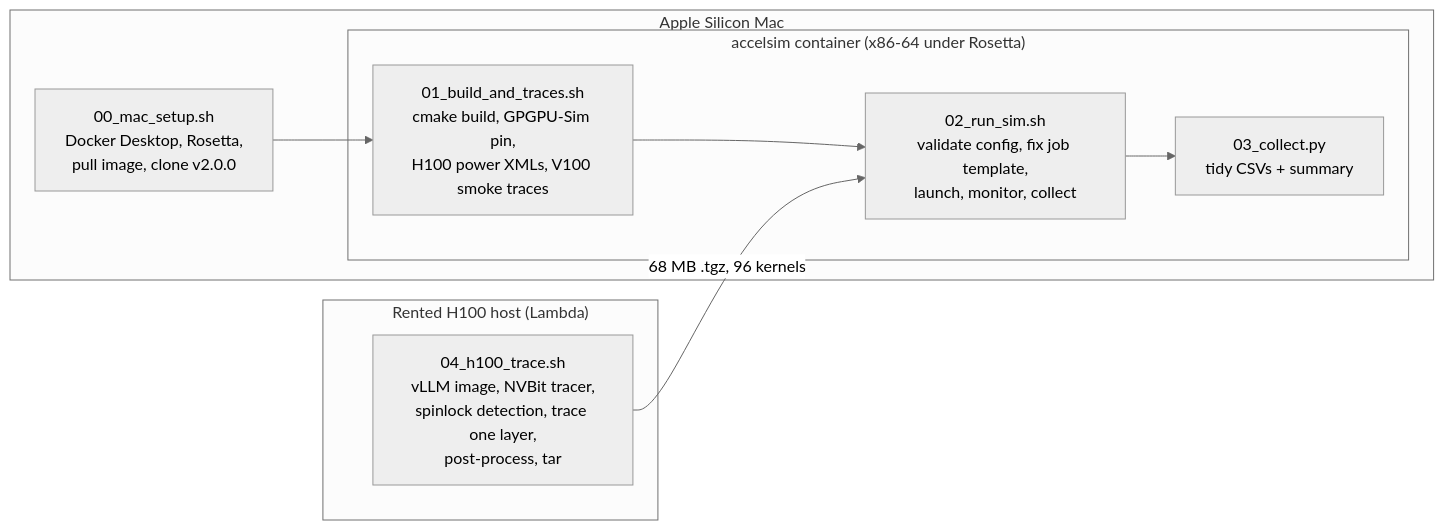
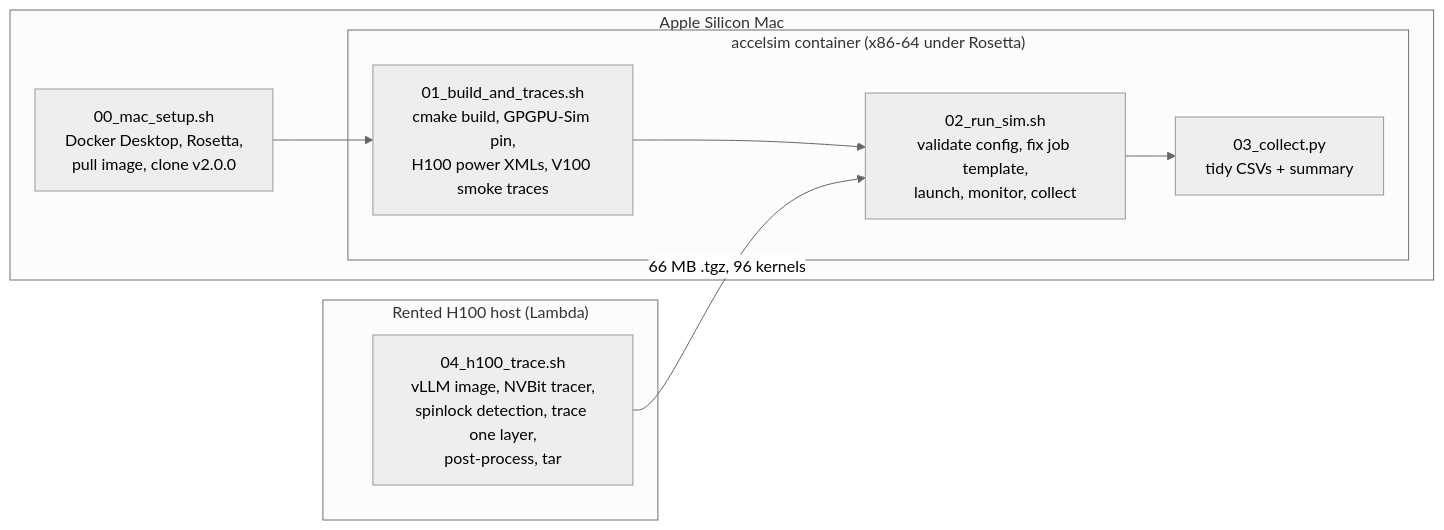
One commit to DGK1105/accelsim-llm-perf-power changed the diagram in README.md. Above: the diagram before and after it, drawn with Mermaid (neutral theme). The commit also changed other lines of this file and 17 other files, not shown here.

````diff
--- a/README.md
+++ b/README.md
@@ -63,16 +63,16 @@
 ```mermaid
 flowchart LR
     subgraph MAC["Apple Silicon Mac"]
         A["00_mac_setup.sh<br/>Docker Desktop, Rosetta,<br/>pull image, clone v2.0.0"]
         subgraph C["accelsim container (x86-64 under Rosetta)"]
             B["01_build_and_traces.sh<br/>cmake build, GPGPU-Sim pin,<br/>H100 power XMLs, V100 smoke traces"]
             D["02_run_sim.sh<br/>validate config, fix job template,<br/>launch, monitor, collect"]
             E["03_collect.py<br/>tidy CSVs + summary"]
         end
     end
     subgraph H100["Rented H100 host (Lambda)"]
         F["04_h100_trace.sh<br/>vLLM image, NVBit tracer,<br/>spinlock detection, trace one layer,<br/>post-process, tar"]
     end
     A --> B --> D --> E
-    F -- "68 MB .tgz, 96 kernels" --> D
+    F -- "66 MB .tgz, 96 kernels" --> D
 ```
````
